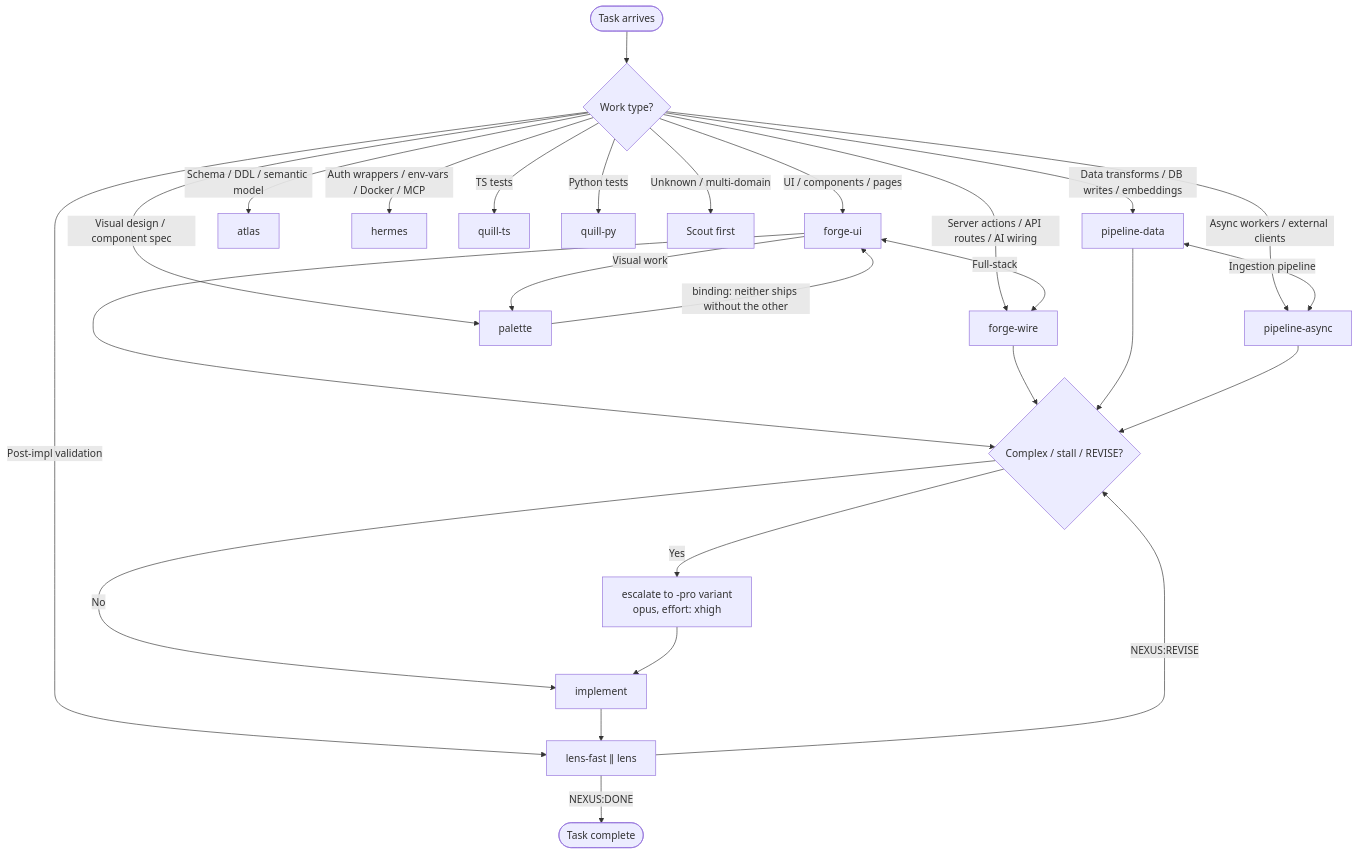
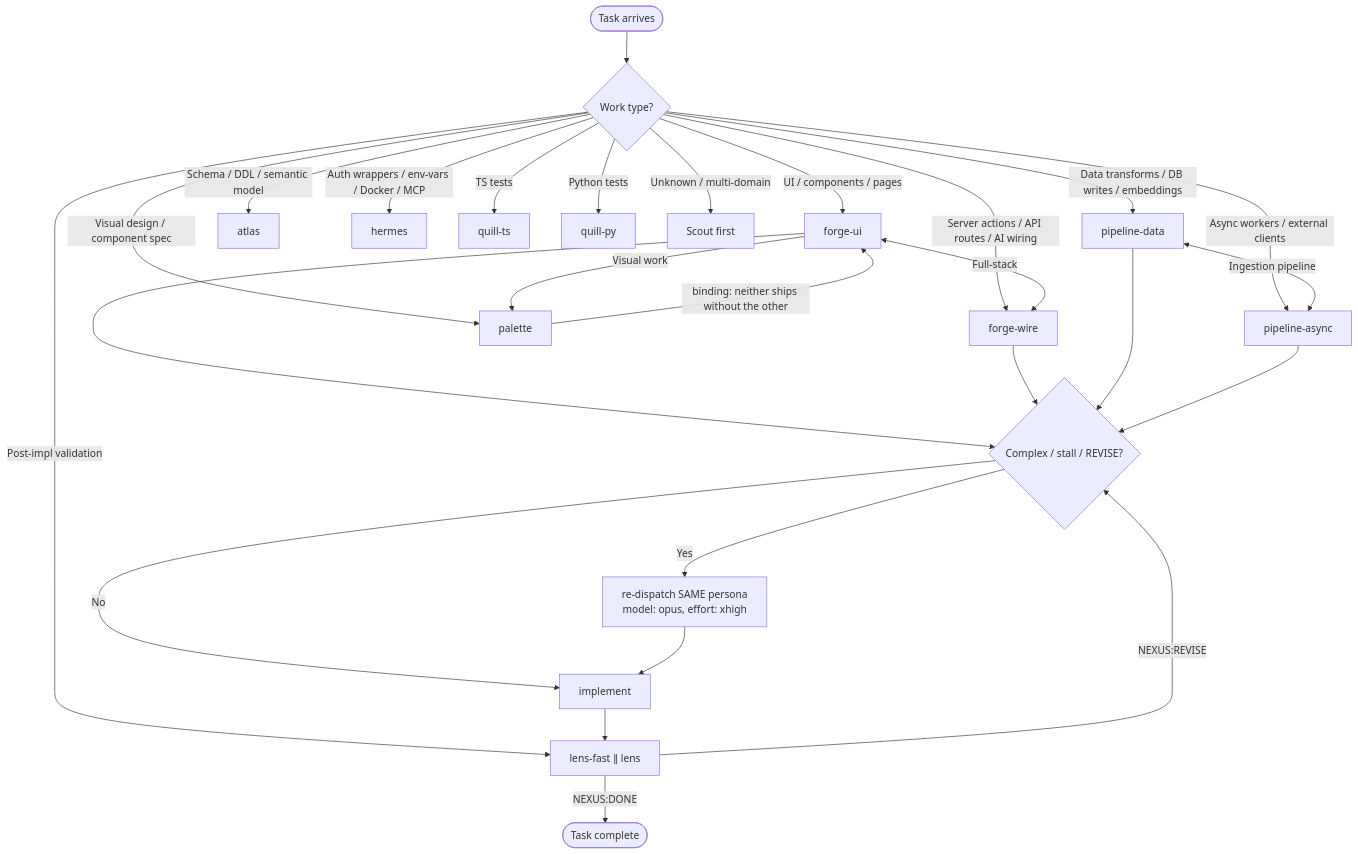
Before and after one commit to Jpk0512/nexus-task-tracker: the diagram in docs/agents/TEAM.md, drawn with Mermaid. The commit also changed other lines of this file and 391 other files, not shown here.

````diff
--- a/docs/agents/TEAM.md
+++ b/docs/agents/TEAM.md
@@ -109,35 +116,35 @@
 ```mermaid
 flowchart TD
     A([Task arrives]) --> B{Work type?}
 
     B -->|UI / components / pages| C[forge-ui]
     B -->|Server actions / API routes / AI wiring| D[forge-wire]
     B -->|Data transforms / DB writes / embeddings| E[pipeline-data]
     B -->|Async workers / external clients| F[pipeline-async]
     B -->|Schema / DDL / semantic model| G[atlas]
     B -->|Auth wrappers / env-vars / Docker / MCP| H[hermes]
     B -->|Visual design / component spec| I[palette]
     B -->|TS tests| J[quill-ts]
     B -->|Python tests| K[quill-py]
     B -->|Unknown / multi-domain| L[Scout first]
     B -->|Post-impl validation| M[lens-fast ∥ lens]
 
     C -->|Visual work| I
     I -->|"binding: neither ships without the other"| C
     C <-->|Full-stack| D
 
     E <-->|Ingestion pipeline| F
 
     C --> N{Complex / stall / REVISE?}
     D --> N
     E --> N
     F --> N
-    N -->|Yes| O["escalate to -pro variant\nopus, effort: xhigh"]
+    N -->|Yes| O["re-dispatch SAME persona\nmodel: opus, effort: xhigh"]
     N -->|No| P[implement]
 
     P --> M
     O --> P
 
     M -->|NEXUS:REVISE| N
     M -->|NEXUS:DONE| Q([Task complete])
 ```
````
